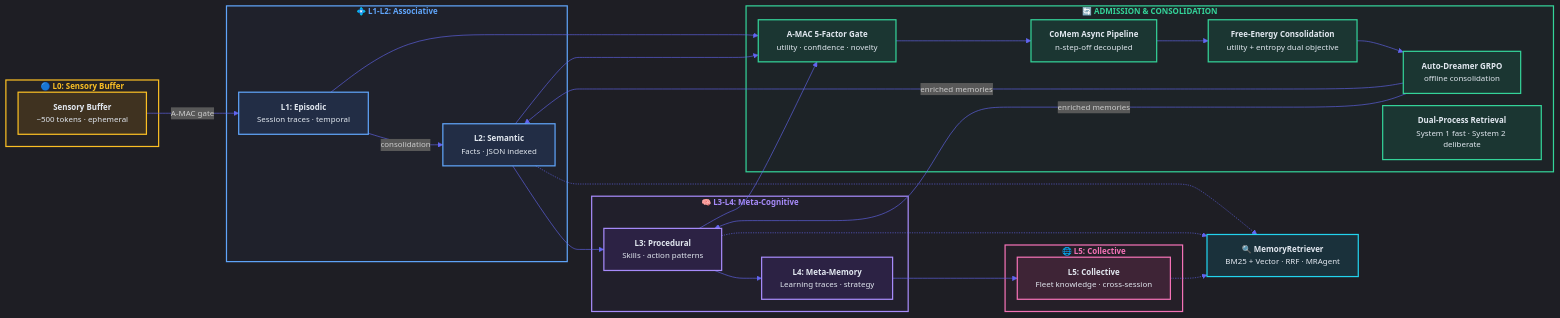
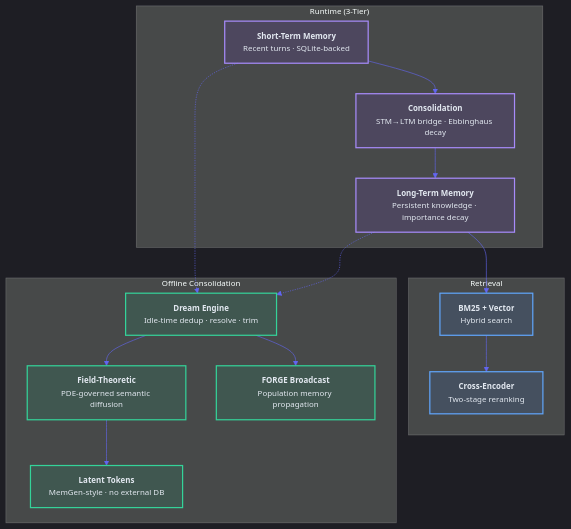
One commit to ndqkhanh/lyra changed the third of 12 diagrams in README.md. Above: the diagram before and after it, drawn with Mermaid. The commit also changed other lines of this file and 1 other file, not shown here.

First line of the commit message:
fix: replace stale 6-Tier Ultra Memory V4 marketing with actual 3-tier architecture

````diff
--- a/README.md
+++ b/README.md
@@ -272,64 +272,39 @@
 ```mermaid
-%%{init: {'theme': 'dark', 'themeVariables': {'primaryColor': '#7c3aed', 'lineColor': '#6366f1', 'fontSize': '13px'}, 'flowchart': {'nodeSpacing': 20, 'rankSpacing': 40}}}%%
-graph LR
-    subgraph L0["<b style='color:#fbbf24;'>🔵 L0: Sensory Buffer</b>"]
-        STM["<b>Sensory Buffer</b><br/>~500 tokens · ephemeral"]
+%%{init: {'theme': 'dark', 'themeVariables': {'primaryColor': '#7c3aed', 'lineColor': '#6366f1', 'fontSize': '13px'}}}%%
+graph TB
+    subgraph Runtime["Runtime (3-Tier)"]
+        STM["<b>Short-Term Memory</b><br/>Recent turns · SQLite-backed"]
+        LTM["<b>Long-Term Memory</b><br/>Persistent knowledge · importance decay"]
+        CONSOL["<b>Consolidation</b><br/>STM→LTM bridge · Ebbinghaus decay"]
     end
 
-    subgraph L12["<b style='color:#60a5fa;'>💠 L1-L2: Associative</b>"]
-        WM["<b>L1: Episodic</b><br/>Session traces · temporal"]
-        SM["<b>L2: Semantic</b><br/>Facts · JSON indexed"]
+    subgraph Retrieval["Retrieval"]
+        BM25["<b>BM25 + Vector</b><br/>Hybrid search"]
+        RERANK["<b>Cross-Encoder</b><br/>Two-stage reranking"]
     end
 
-    subgraph L34["<b style='color:#a78bfa;'>🧠 L3-L4: Meta-Cognitive</b>"]
-        PM["<b>L3: Procedural</b><br/>Skills · action patterns"]
-        MM["<b>L4: Meta-Memory</b><br/>Learning traces · strategy"]
+    subgraph Offline["Offline Consolidation"]
+        DREAM["<b>Dream Engine</b><br/>Idle-time dedup · resolve · trim"]
+        FIELD["<b>Field-Theoretic</b><br/>PDE-governed semantic diffusion"]
+        FORGE["<b>FORGE Broadcast</b><br/>Population memory propagation"]
+        LATENT["<b>Latent Tokens</b><br/>MemGen-style · no external DB"]
     end
 
-    subgraph L5["<b style='color:#f472b6;'>🌐 L5: Collective</b>"]
-        CM["<b>L5: Collective</b><br/>Fleet knowledge · cross-session"]
-    end
+    STM --> CONSOL
+    CONSOL --> LTM
+    LTM --> BM25
+    BM25 --> RERANK
+    STM -.-> DREAM
+    LTM -.-> DREAM
+    DREAM --> FIELD
+    DREAM --> FORGE
+    FIELD --> LATENT
 
-    subgraph Consolidation["<b style='color:#34d399;'>🔄 ADMISSION & CONSOLIDATION</b>"]
-        AMAC["<b>A-MAC 5-Factor Gate</b><br/>utility · confidence · novelty"]
-        DC1["<b>CoMem Async Pipeline</b><br/>n-step-off decoupled"]
-        DC2["<b>Free-Energy Consolidation</b><br/>utility + entropy dual objective"]
-        DC3["<b>Auto-Dreamer GRPO</b><br/>offline consolidation"]
-        DC4["<b>Dual-Process Retrieval</b><br/>System 1 fast · System 2 deliberate"]
-    end
+    classDef runtime fill:#7c3aed20,stroke:#a78bfa,stroke-width:2px,color:#e2e8f0
+    classDef retrieval fill:#3b82f620,stroke:#60a5fa,stroke-width:2px,color:#e2e8f0
+    classDef offline fill:#10b98120,stroke:#34d399,stroke-width:2px,color:#e2e8f0
 
-    STM -->|"A-MAC gate"| WM
-    WM -->|"consolidation"| SM
-    SM --> PM
-    PM --> MM
-    MM --> CM
-
-    WM & SM & PM --> AMAC
-    AMAC --> DC1 --> DC2 --> DC3
-    DC3 -->|"enriched memories"| SM & PM
-
-    MR["<b>🔍 MemoryRetriever</b><br/>BM25 + Vector · RRF · MRAgent"]
-    SM -.-> MR
-    PM -.-> MR
-    CM -.-> MR
-
-    classDef sensory fill:#f59e0b20,stroke:#fbbf24,stroke-width:2px,color:#e2e8f0
-    classDef associative fill:#3b82f620,stroke:#60a5fa,stroke-width:2px,color:#e2e8f0
-    classDef meta fill:#7c3aed20,stroke:#a78bfa,stroke-width:2px,color:#e2e8f0
-    classDef collective fill:#ec489920,stroke:#f472b6,stroke-width:2px,color:#e2e8f0
-    classDef cons fill:#10b98120,stroke:#34d399,stroke-width:2px,color:#e2e8f0
-    classDef retriever fill:#06b6d420,stroke:#22d3ee,stroke-width:2px,color:#e2e8f0
-
-    class STM sensory
-    class WM,SM associative
-    class PM,MM meta
-    class CM collective
-    class AMAC,DC1,DC2,DC3,DC4 cons
-    class MR retriever
-
-    style L0 fill:#f59e0b08,stroke:#fbbf24,stroke-width:2px
-    style L12 fill:#3b82f608,stroke:#60a5fa,stroke-width:2px
-    style L34 fill:#7c3aed08,stroke:#a78bfa,stroke-width:2px
-    style L5 fill:#ec489908,stroke:#f472b6,stroke-width:2px
-    style Consolidation fill:#10b98108,stroke:#34d399,stroke-width:2px
+    class STM,LTM,CONSOL runtime
+    class BM25,RERANK retrieval
+    class DREAM,FIELD,FORGE,LATENT offline
 ```
````
